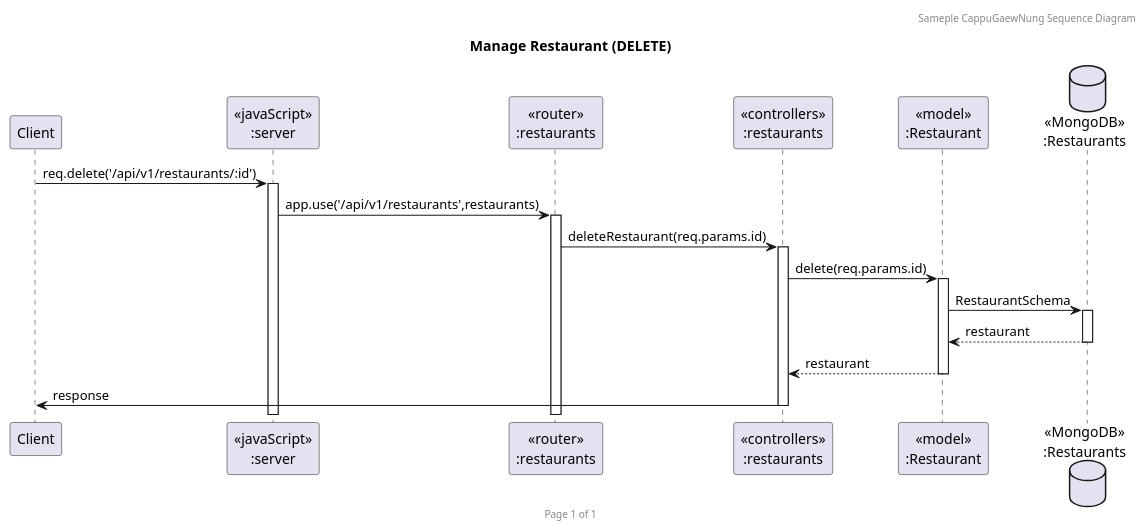
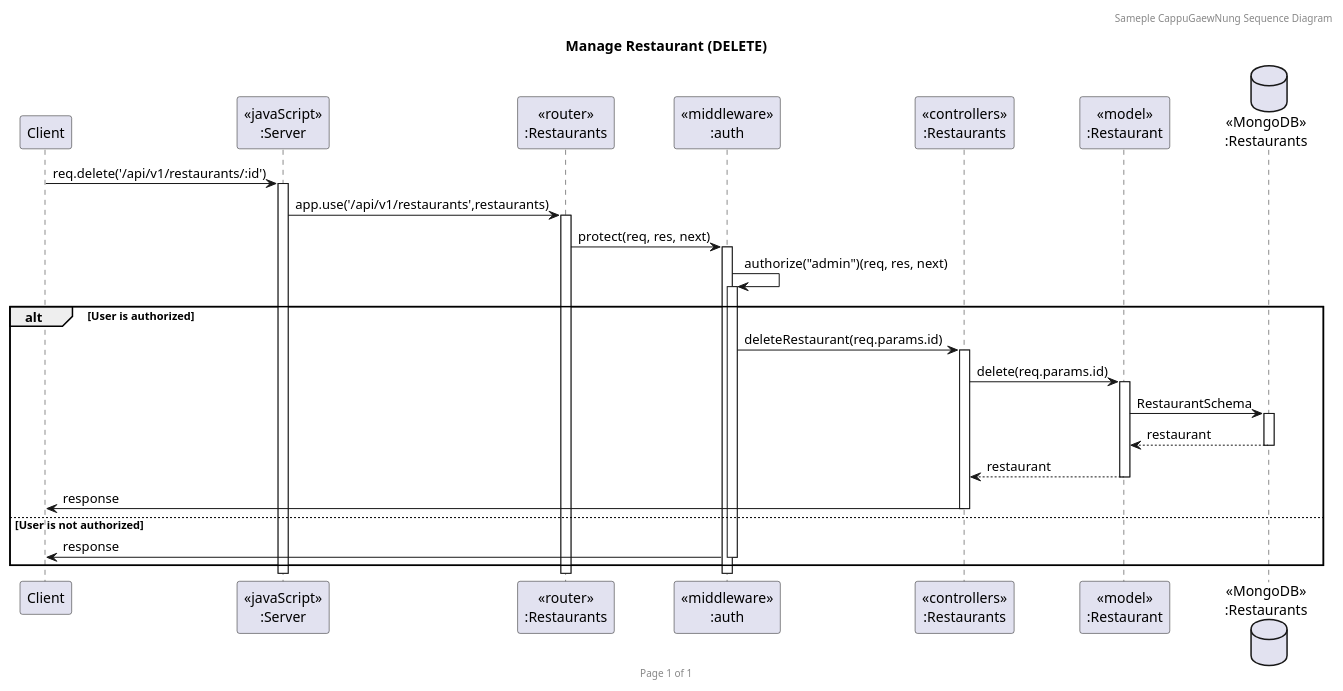
The diagram in sequence_diagram/deleteRestaurant.puml (punyaphatsura/SW-Dev-I-Project-Backend), drawn with PlantUML before and after one commit.

Commit message:
feat: :sparkles: update delete restaurant diagram

```diff
--- a/sequence_diagram/deleteRestaurant.puml
+++ b/sequence_diagram/deleteRestaurant.puml
@@ -1,23 +1,32 @@
-@startuml Manage Restaurant (DELETE)
+@startuml ManageRestaurantDelete
 
 header Sameple CappuGaewNung Sequence Diagram
 footer Page %page% of %lastpage%
 title "Manage Restaurant (DELETE)"
 
 participant "Client" as client
-participant "<<javaScript>>\n:server" as server
-participant "<<router>>\n:restaurants" as routerRestaurants
-participant "<<controllers>>\n:restaurants" as controllersRestaurants
+participant "<<javaScript>>\n:Server" as server
+participant "<<router>>\n:Restaurants" as routerRestaurants
+participant "<<middleware>>\n:auth" as middleware
+participant "<<controllers>>\n:Restaurants" as controllersRestaurants
 participant "<<model>>\n:Restaurant" as modelRestaurant
 database "<<MongoDB>>\n:Restaurants" as RestaurantsDatabase
 
 client->server ++:req.delete('/api/v1/restaurants/:id')
 server->routerRestaurants ++:app.use('/api/v1/restaurants',restaurants)
-routerRestaurants -> controllersRestaurants ++:deleteRestaurant(req.params.id)
-controllersRestaurants->modelRestaurant ++:delete(req.params.id)
-modelRestaurant ->RestaurantsDatabase ++: RestaurantSchema
-RestaurantsDatabase --> modelRestaurant --: restaurant
-controllersRestaurants <-- modelRestaurant --:restaurant
-controllersRestaurants->client --:response
+routerRestaurants->middleware ++:protect(req, res, next)
+middleware->middleware ++:authorize("admin")(req, res, next)
+
+alt User is authorized
+    middleware->controllersRestaurants ++:deleteRestaurant(req.params.id)
+
+    controllersRestaurants->modelRestaurant ++:delete(req.params.id)
+    modelRestaurant ->RestaurantsDatabase ++: RestaurantSchema
+    RestaurantsDatabase --> modelRestaurant --: restaurant
+    controllersRestaurants <-- modelRestaurant --:restaurant
+    controllersRestaurants->client --:response
+else User is not authorized
+    middleware->client --:response
+    end
 
 @enduml
```
